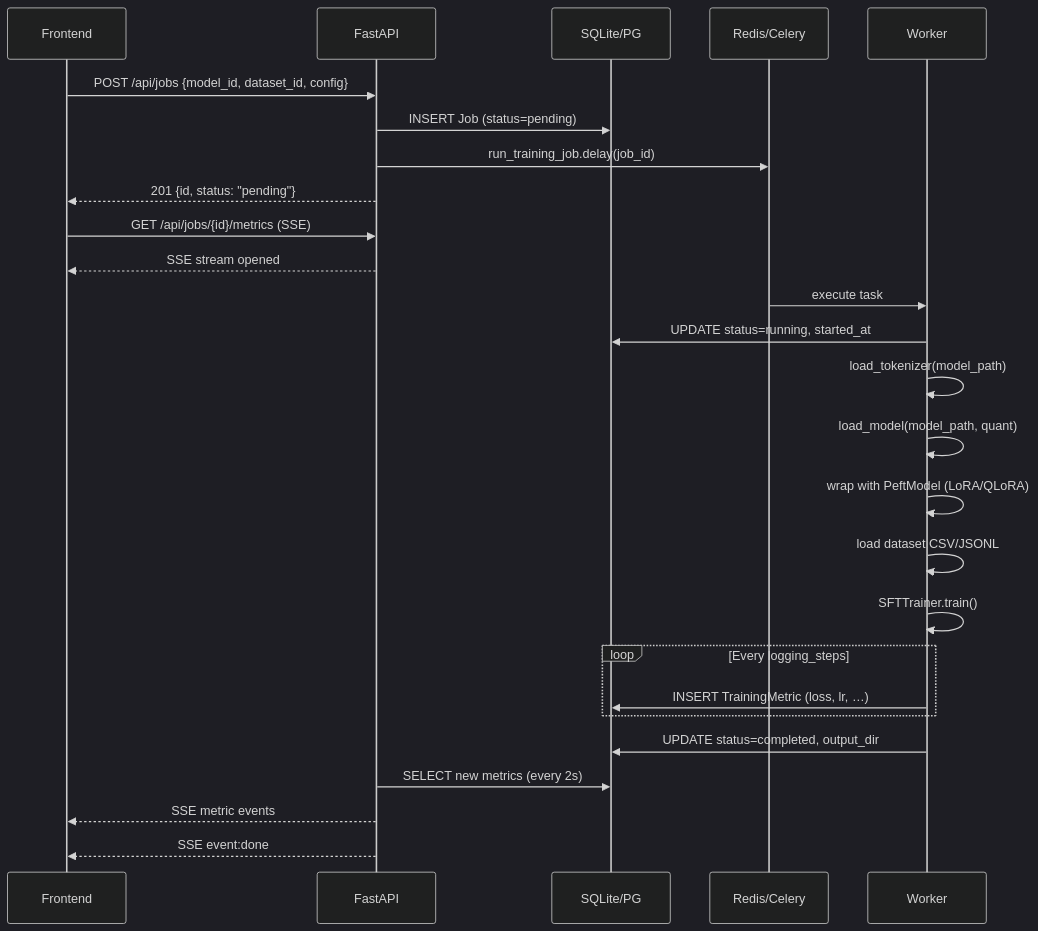
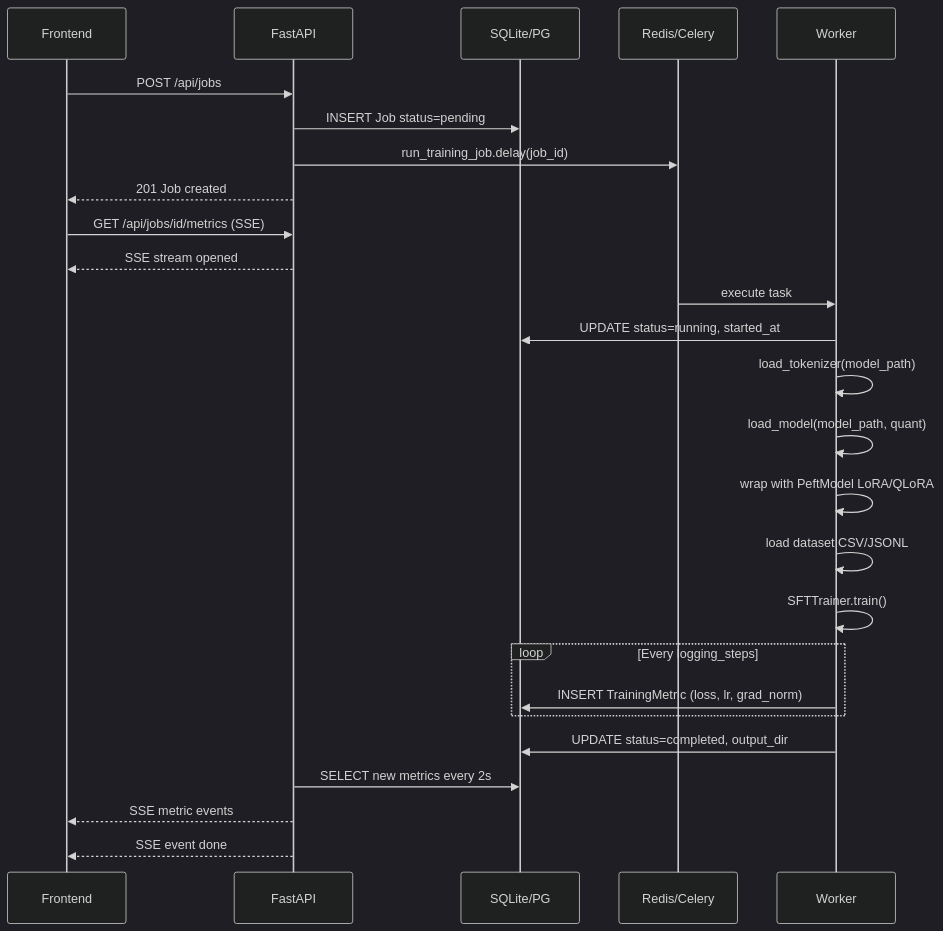
One commit to williamcheong0616/training_pipeline_dashboard changed the second of 7 diagrams in docs/SYSTEM_FLOW.md. Above: the diagram before and after it, drawn with Mermaid (dark theme). The commit also changed other lines of this file, not shown here.

First line of the commit message:
docs: fix Mermaid diagram syntax for GitHub rendering

````diff
--- a/docs/SYSTEM_FLOW.md
+++ b/docs/SYSTEM_FLOW.md
@@ -86,34 +86,34 @@
 ```mermaid
 sequenceDiagram
     participant UI as Frontend
     participant API as FastAPI
     participant DB as SQLite/PG
     participant Q as Redis/Celery
     participant W as Worker
 
-    UI->>API: POST /api/jobs {model_id, dataset_id, config}
-    API->>DB: INSERT Job (status=pending)
+    UI->>API: POST /api/jobs
+    API->>DB: INSERT Job status=pending
     API->>Q: run_training_job.delay(job_id)
-    API-->>UI: 201 {id, status: "pending"}
+    API-->>UI: 201 Job created
 
-    UI->>API: GET /api/jobs/{id}/metrics (SSE)
+    UI->>API: GET /api/jobs/id/metrics (SSE)
     API-->>UI: SSE stream opened
 
     Q->>W: execute task
     W->>DB: UPDATE status=running, started_at
     W->>W: load_tokenizer(model_path)
     W->>W: load_model(model_path, quant)
-    W->>W: wrap with PeftModel (LoRA/QLoRA)
+    W->>W: wrap with PeftModel LoRA/QLoRA
     W->>W: load dataset CSV/JSONL
     W->>W: SFTTrainer.train()
 
     loop Every logging_steps
-        W->>DB: INSERT TrainingMetric (loss, lr, …)
+        W->>DB: INSERT TrainingMetric (loss, lr, grad_norm)
     end
 
     W->>DB: UPDATE status=completed, output_dir
 
-    API->>DB: SELECT new metrics (every 2s)
+    API->>DB: SELECT new metrics every 2s
     API-->>UI: SSE metric events
-    API-->>UI: SSE event:done
+    API-->>UI: SSE event done
 ```
````
